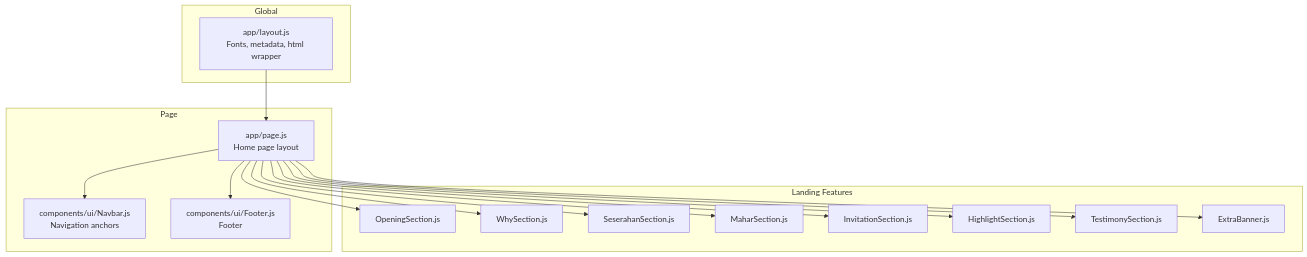
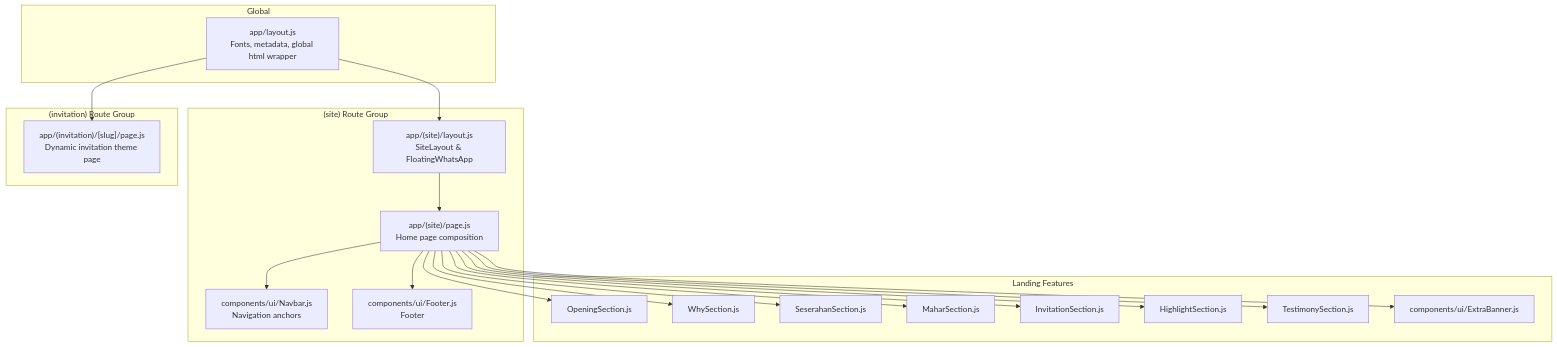
Before and after one commit to algorithmsEvolve/momentoclient-fe: the second of 6 diagrams in docs/en/content/Project Overview.md, drawn with Mermaid. The commit also changed other lines of this file and 14 other files, not shown here.

````diff
--- a/docs/en/content/Project Overview.md
+++ b/docs/en/content/Project Overview.md
@@ -133,32 +124,38 @@
 ```mermaid
 graph TB
 subgraph "Global"
-L["app/layout.js<br/>Fonts, metadata, html wrapper"]
+L["app/layout.js<br/>Fonts, metadata, global html wrapper"]
 end
-subgraph "Page"
-P["app/page.js<br/>Home page layout"]
+subgraph "(site) Route Group"
+SL["app/(site)/layout.js<br/>SiteLayout & FloatingWhatsApp"]
+P["app/(site)/page.js<br/>Home page composition"]
 N["components/ui/Navbar.js<br/>Navigation anchors"]
 F["components/ui/Footer.js<br/>Footer"]
+end
+subgraph "(invitation) Route Group"
+INV["app/(invitation)/[slug]/page.js<br/>Dynamic invitation theme page"]
 end
 subgraph "Landing Features"
 O["OpeningSection.js"]
 W["WhySection.js"]
 S["SeserahanSection.js"]
 M["MaharSection.js"]
 I["InvitationSection.js"]
 H["HighlightSection.js"]
 T["TestimonySection.js"]
-EB["ExtraBanner.js"]
+EB["components/ui/ExtraBanner.js"]
 end
-L --> P
+L --> SL
+L --> INV
+SL --> P
 P --> N
 P --> O
 P --> W
 P --> S
 P --> M
 P --> I
 P --> H
 P --> T
 P --> EB
 P --> F
 ```
````
